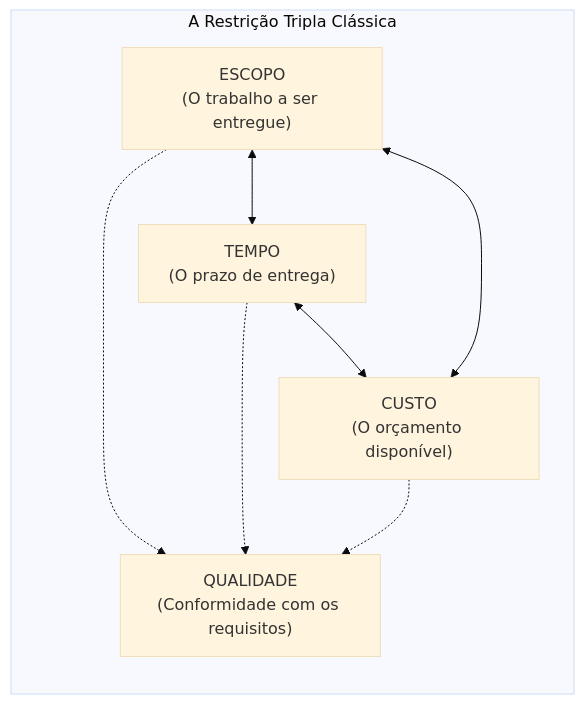
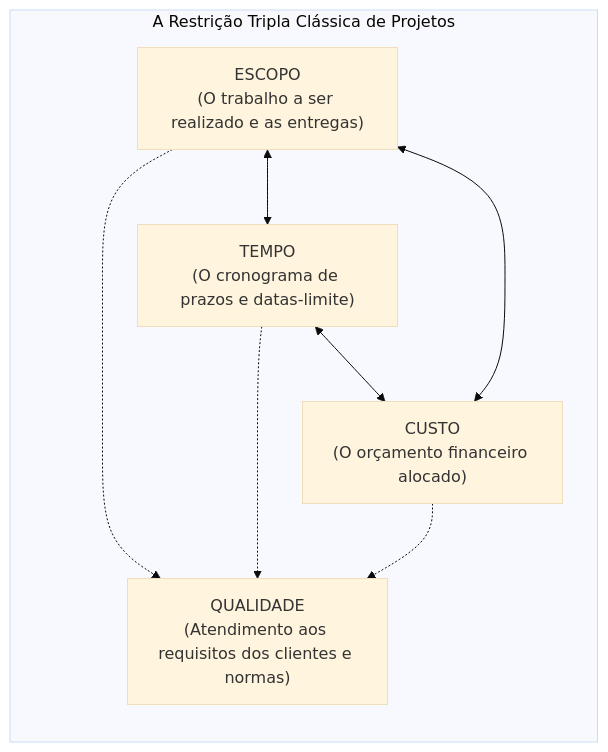
One commit to thiagosantos346/TCE-GO-2027 changed the fourth of 4 diagrams in fontes_de_estudo/conhecimentos_especificos_a01_tecnico_administrativo/22_administracao_geral/03_processo_decisorio_visao_sistemica_e_gerenciamento_de_projetos.md. Above: the diagram before and after it, drawn with Mermaid (base theme). The commit also changed other lines of this file and 119 other files, not shown here.

````diff
--- a/fontes_de_estudo/conhecimentos_especificos_a01_tecnico_administrativo/22_administracao_geral/03_processo_decisorio_visao_sistemica_e_gerenciamento_de_projetos.md
+++ b/fontes_de_estudo/conhecimentos_especificos_a01_tecnico_administrativo/22_administracao_geral/03_processo_decisorio_visao_sistemica_e_gerenciamento_de_projetos.md
@@ -139,18 +127,18 @@
 ```mermaid
 flowchart TD
-    subgraph RestricaoTripla ["A Restrição Tripla Clássica"]
+    subgraph RestricaoTripla ["A Restrição Tripla Clássica de Projetos"]
         direction TB
-        E["ESCOPO<br/>(O trabalho a ser entregue)"]
-        T["TEMPO<br/>(O prazo de entrega)"]
-        C["CUSTO<br/>(O orçamento disponível)"]
+        E["ESCOPO<br/>(O trabalho a ser realizado e as entregas)"]
+        T["TEMPO<br/>(O cronograma de prazos e datas-limite)"]
+        C["CUSTO<br/>(O orçamento financeiro alocado)"]
         
         E <--> T
         T <--> C
         C <--> E
         
-        Q["QUALIDADE<br/>(Conformidade com os requisitos)"]
+        Q["QUALIDADE<br/>(Atendimento aos requisitos dos clientes e normas)"]
         E -.-> Q
         T -.-> Q
         C -.-> Q
     end
 ```
````
